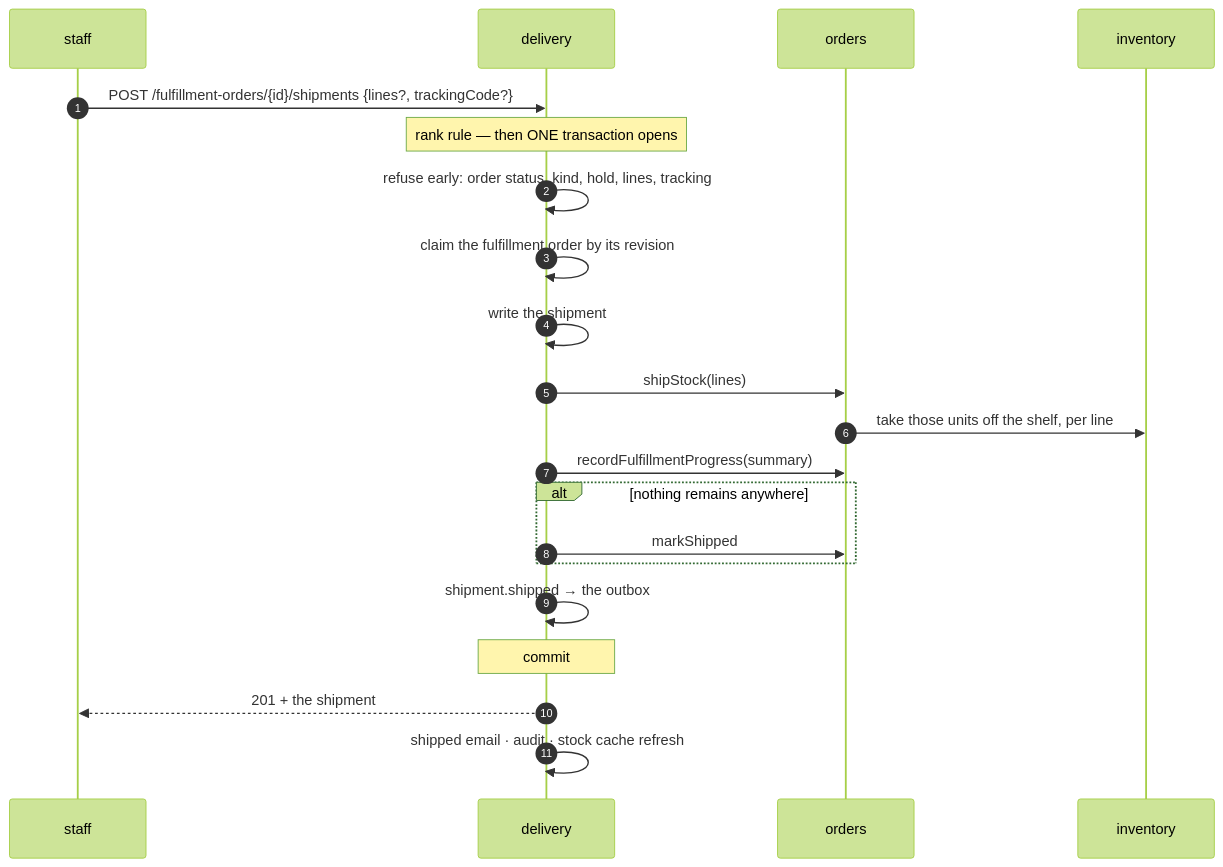
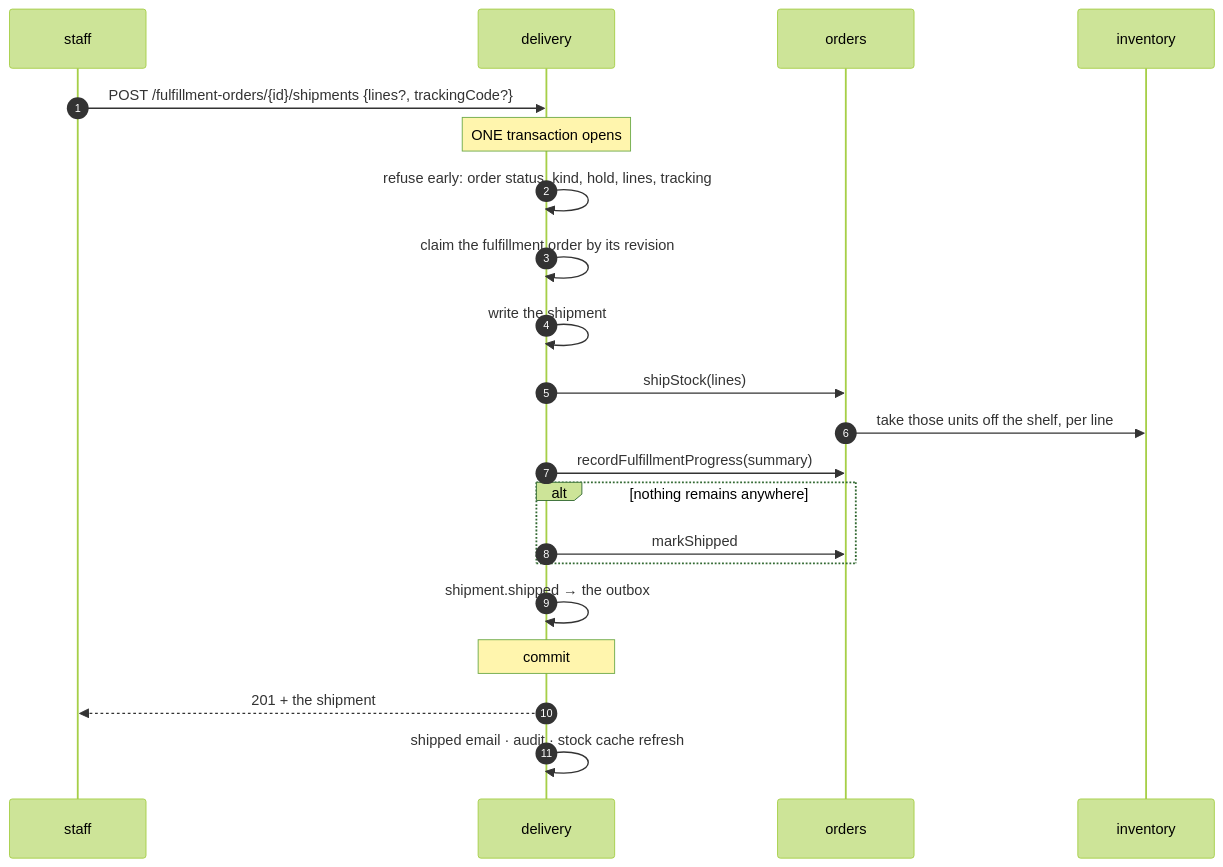
One commit to Guebbit/boilerplate-node-backend changed the sixth of 6 diagrams in docs/modules/delivery.md. Above: the diagram before and after it, drawn with Mermaid (forest theme). The commit also changed other lines of this file and 104 other files, not shown here.

````diff
--- a/docs/modules/delivery.md
+++ b/docs/modules/delivery.md
@@ -326,23 +326,23 @@
 ```mermaid
 sequenceDiagram
     autonumber
     participant S as staff
     participant D as delivery
     participant O as orders
     participant I as inventory
     S->>D: POST /fulfillment-orders/{id}/shipments {lines?, trackingCode?}
-    Note over D: rank rule — then ONE transaction opens
+    Note over D: ONE transaction opens
     D->>D: refuse early: order status, kind, hold, lines, tracking
     D->>D: claim the fulfillment order by its revision
     D->>D: write the shipment
     D->>O: shipStock(lines)
     O->>I: take those units off the shelf, per line
     D->>O: recordFulfillmentProgress(summary)
     alt nothing remains anywhere
         D->>O: markShipped
     end
     D->>D: shipment.shipped → the outbox
     Note over D: commit
     D-->>S: 201 + the shipment
     D->>D: shipped email · audit · stock cache refresh
 ```
````
